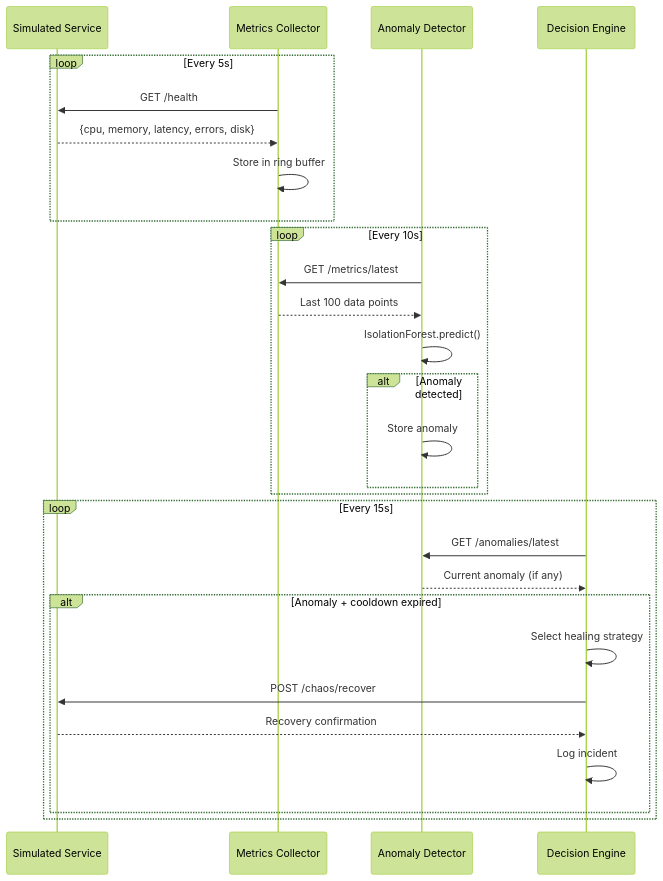
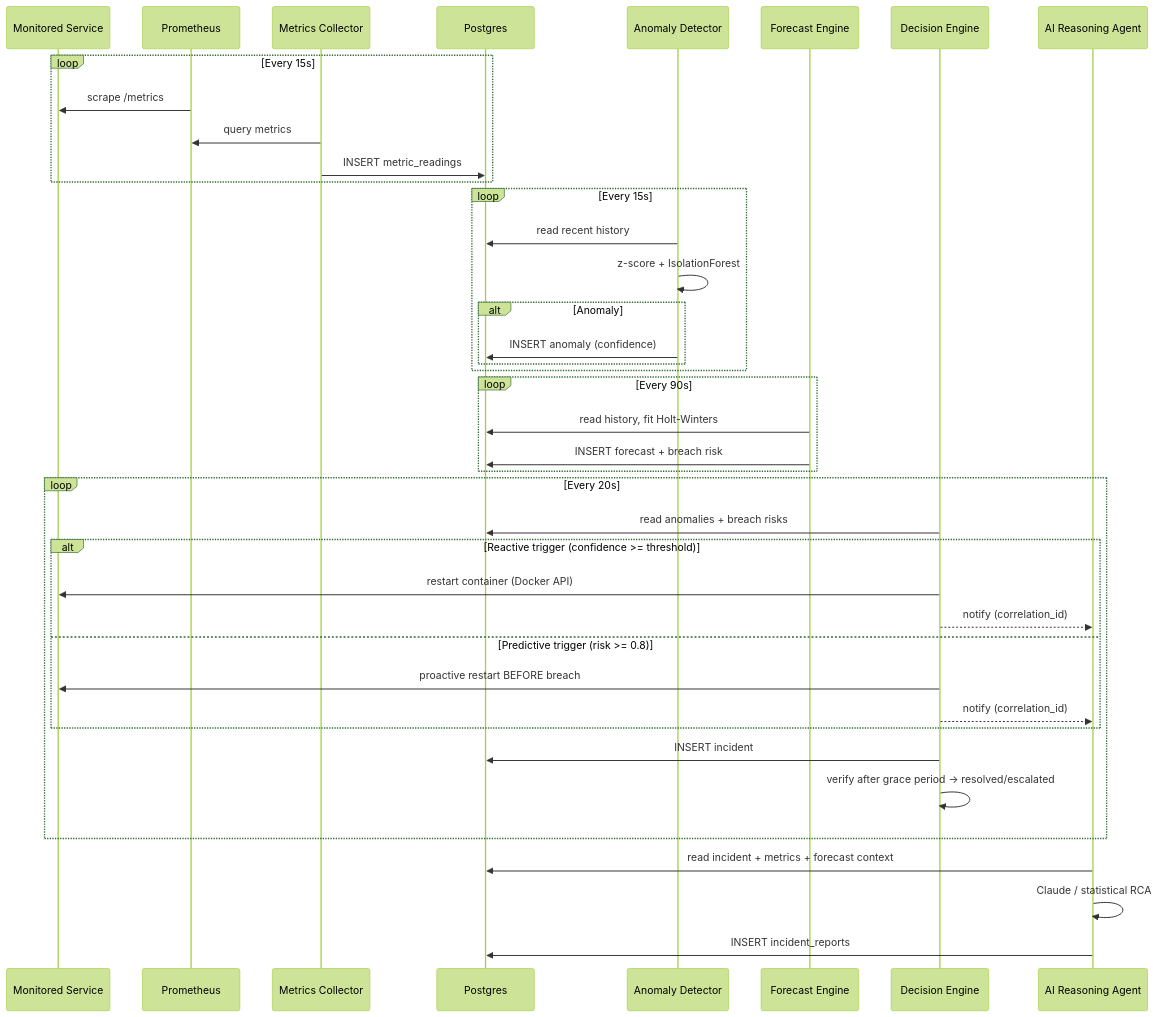
The second of 2 diagrams in docs/project_walkthrough.md (Apollonartemius/CLOUD-GUARDIAN), drawn with Mermaid (forest theme) before and after one commit. The commit also changed other lines of this file, not shown here.

Commit message:
docs: refresh project walkthrough for Phase 7 (predictive, AI RCA, auth, CI)

````diff
--- a/docs/project_walkthrough.md
+++ b/docs/project_walkthrough.md
@@ -350,33 +467,47 @@
 ```mermaid
 sequenceDiagram
-    participant SS as Simulated Service
+    participant SS as Monitored Service
+    participant PM as Prometheus
     participant MC as Metrics Collector
+    participant PG as Postgres
     participant AD as Anomaly Detector
+    participant FE as Forecast Engine
     participant DE as Decision Engine
+    participant AG as AI Reasoning Agent
 
-    loop Every 5s
-        MC->>SS: GET /health
-        SS-->>MC: {cpu, memory, latency, errors, disk}
-        MC->>MC: Store in ring buffer
+    loop Every 15s
+        PM->>SS: scrape /metrics
+        MC->>PM: query metrics
+        MC->>PG: INSERT metric_readings
     end
 
-    loop Every 10s
-        AD->>MC: GET /metrics/latest
-        MC-->>AD: Last 100 data points
-        AD->>AD: IsolationForest.predict()
-        alt Anomaly detected
-            AD->>AD: Store anomaly
+    loop Every 15s
+        AD->>PG: read recent history
+        AD->>AD: z-score + IsolationForest
+        alt Anomaly
+            AD->>PG: INSERT anomaly (confidence)
         end
     end
 
-    loop Every 15s
-        DE->>AD: GET /anomalies/latest
-        AD-->>DE: Current anomaly (if any)
-        alt Anomaly + cooldown expired
-            DE->>DE: Select healing strategy
-            DE->>SS: POST /chaos/recover
-            SS-->>DE: Recovery confirmation
-            DE->>DE: Log incident
+    loop Every 90s
+        FE->>PG: read history, fit Holt-Winters
+        FE->>PG: INSERT forecast + breach risk
+    end
+
+    loop Every 20s
+        DE->>PG: read anomalies + breach risks
+        alt Reactive trigger (confidence >= threshold)
+            DE->>SS: restart container (Docker API)
+            DE-->>AG: notify (correlation_id)
+        else Predictive trigger (risk >= 0.8)
+            DE->>SS: proactive restart BEFORE breach
+            DE-->>AG: notify (correlation_id)
         end
+        DE->>PG: INSERT incident
+        DE->>DE: verify after grace period -> resolved/escalated
     end
+
+    AG->>PG: read incident + metrics + forecast context
+    AG->>AG: Claude / statistical RCA
+    AG->>PG: INSERT incident_reports
 ```
````
